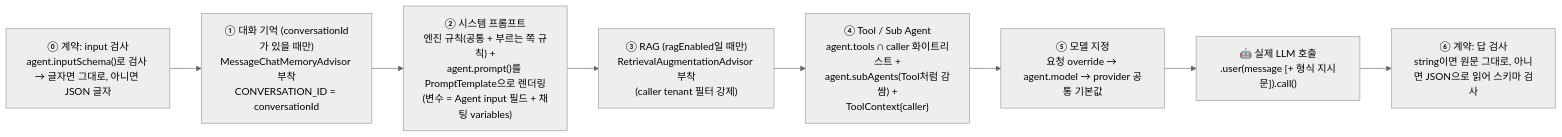
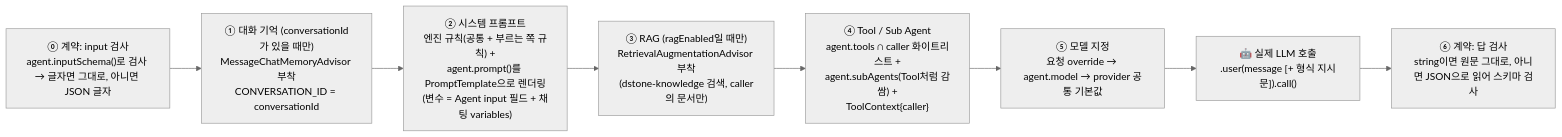
The eighth of 10 diagrams in docs/09.dstone-ai-engine.md (YongSoekChoeng/dstone), drawn with Mermaid (neutral theme) before and after one commit. The commit also changed other lines of this file and 27 other files, not shown here.

````diff
--- a/docs/09.dstone-ai-engine.md
+++ b/docs/09.dstone-ai-engine.md
@@ -800,11 +803,11 @@
 ```mermaid
 flowchart LR
     S0["⓪ 계약: input 검사\nagent.inputSchema()로 검사 → 글자면 그대로, 아니면 JSON 글자"] --> S1
     S1["① 대화 기억 (conversationId가 있을 때만)\nMessageChatMemoryAdvisor 부착\nCONVERSATION_ID = conversationId"] --> S2
     S2["② 시스템 프롬프트\n엔진 규칙(공통 + 부르는 쪽 규칙) +\nagent.prompt()를 PromptTemplate으로 렌더링\n(변수 = Agent input 필드 + 채팅 variables)"] --> S3
-    S3["③ RAG (ragEnabled일 때만)\nRetrievalAugmentationAdvisor 부착\n(caller tenant 필터 강제)"] --> S4
+    S3["③ RAG (ragEnabled일 때만)\nRetrievalAugmentationAdvisor 부착\n(dstone-knowledge 검색, caller의 문서만)"] --> S4
     S4["④ Tool / Sub Agent\nagent.tools ∩ caller 화이트리스트 +\nagent.subAgents(Tool처럼 감쌈) +\nToolContext{caller}"] --> S5
     S5["⑤ 모델 지정\n요청 override → agent.model → provider 공통 기본값"] --> LLM
     LLM["🤖 실제 LLM 호출\n.user(message [+ 형식 지시문]).call()"] --> S6
     S6["⑥ 계약: 답 검사\nstring이면 원문 그대로, 아니면 JSON으로 읽어 스키마 검사"]
 ```
````
